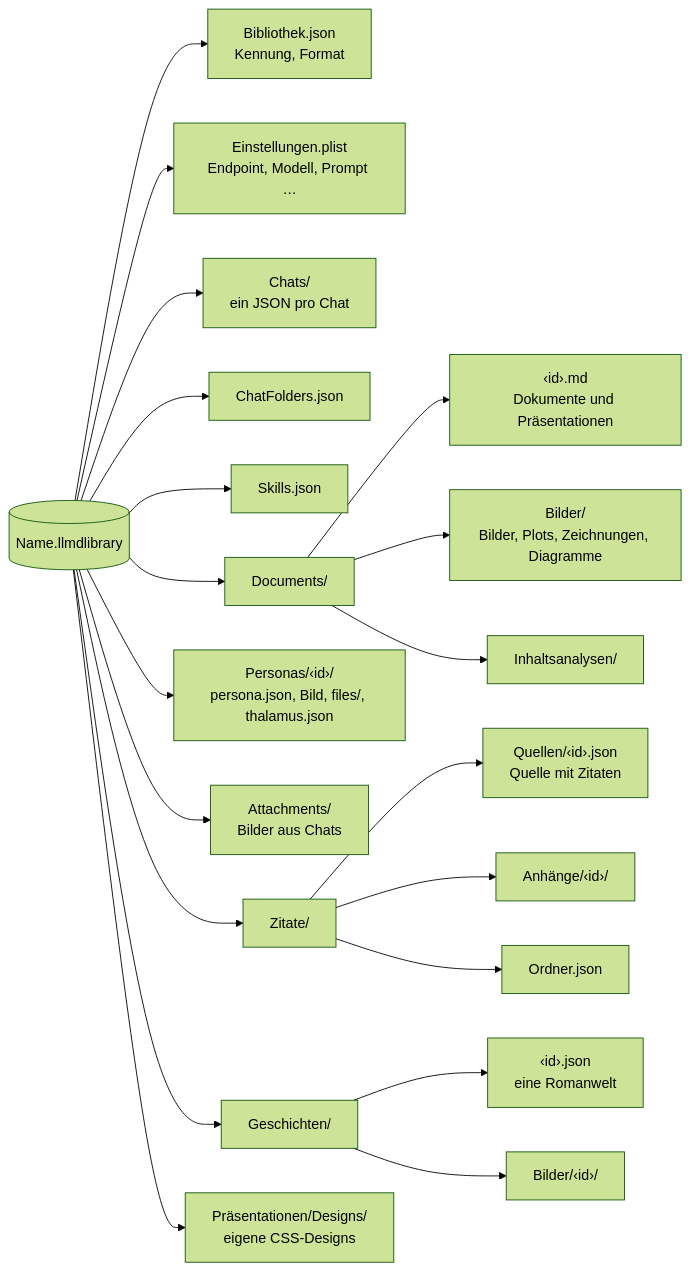
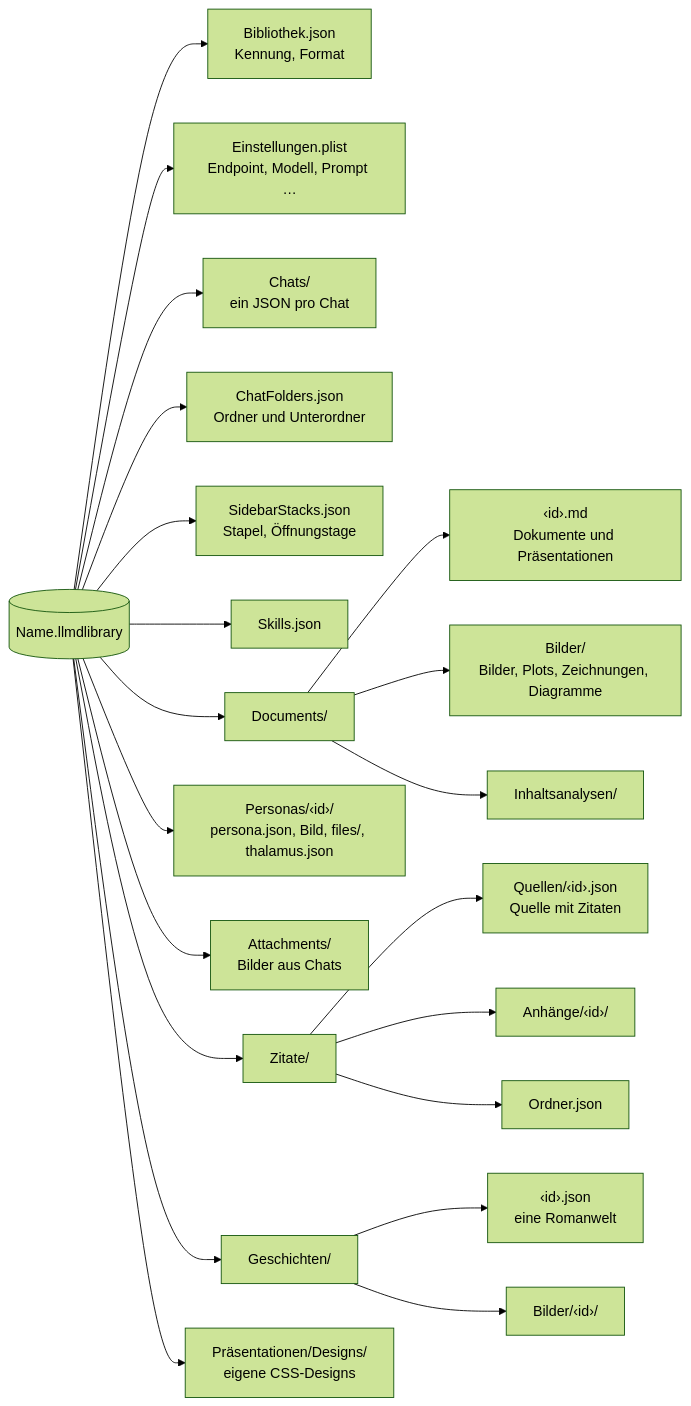
One commit to AlexEhrenberger/LLMDesigner changed the diagram in docs/speicherformate.md. Above: the diagram before and after it, drawn with Mermaid (forest theme). The commit also changed other lines of this file and 29 other files, not shown here.

First line of the commit message:
Action-Katalog, Unterordner, Stapel, Folien-Passung, Stories-Verknüpfungen

````diff
--- a/docs/speicherformate.md
+++ b/docs/speicherformate.md
@@ -14,22 +14,23 @@
 ```mermaid
 flowchart LR
     L[("Name.llmdlibrary")] --> B["Bibliothek.json<br/>Kennung, Format"]
     L --> E["Einstellungen.plist<br/>Endpoint, Modell, Prompt …"]
     L --> CH["Chats/<br/>ein JSON pro Chat"]
-    L --> CF["ChatFolders.json"]
+    L --> CF["ChatFolders.json<br/>Ordner und Unterordner"]
+    L --> ST["SidebarStacks.json<br/>Stapel, Öffnungstage"]
     L --> SK["Skills.json"]
     L --> D["Documents/"]
     D --> DM["‹id›.md<br/>Dokumente und Präsentationen"]
     D --> BI["Bilder/<br/>Bilder, Plots, Zeichnungen, Diagramme"]
     D --> IA["Inhaltsanalysen/"]
     L --> PE["Personas/‹id›/<br/>persona.json, Bild, files/, thalamus.json"]
     L --> AT["Attachments/<br/>Bilder aus Chats"]
     L --> Z["Zitate/"]
     Z --> ZQ["Quellen/‹id›.json<br/>Quelle mit Zitaten"]
     Z --> ZA["Anhänge/‹id›/"]
     Z --> ZO["Ordner.json"]
     L --> G["Geschichten/"]
     G --> GW["‹id›.json<br/>eine Romanwelt"]
     G --> GB["Bilder/‹id›/"]
     L --> PD["Präsentationen/Designs/<br/>eigene CSS-Designs"]
 ```
````
